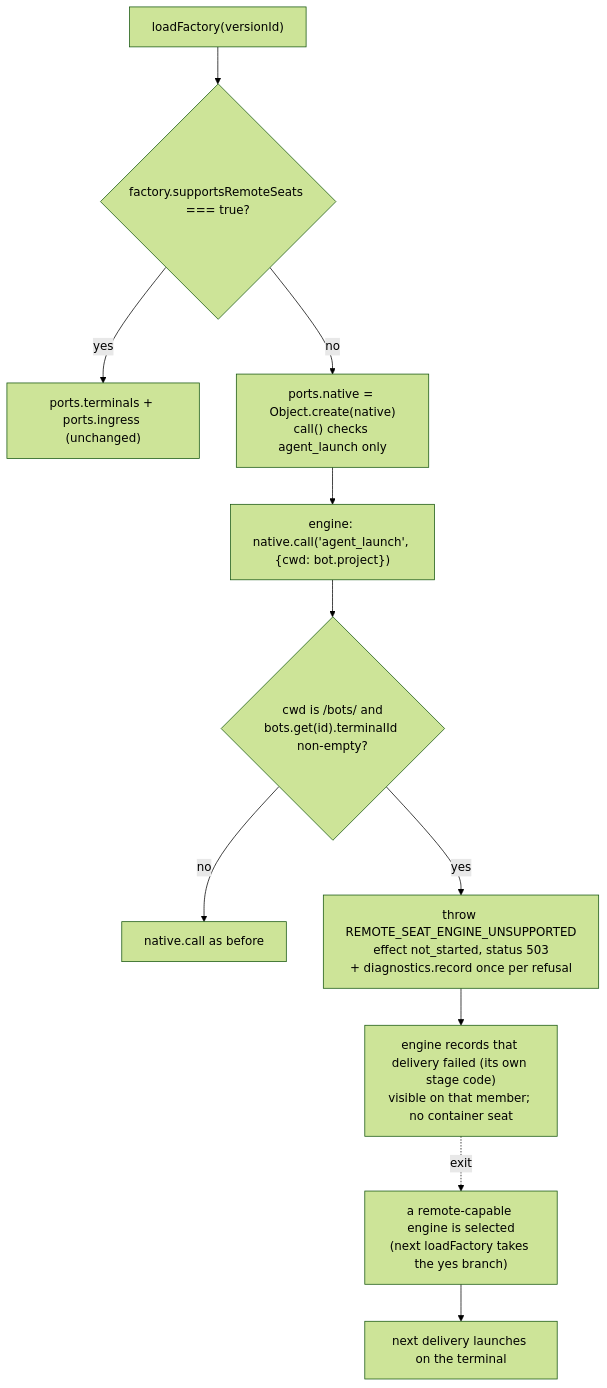
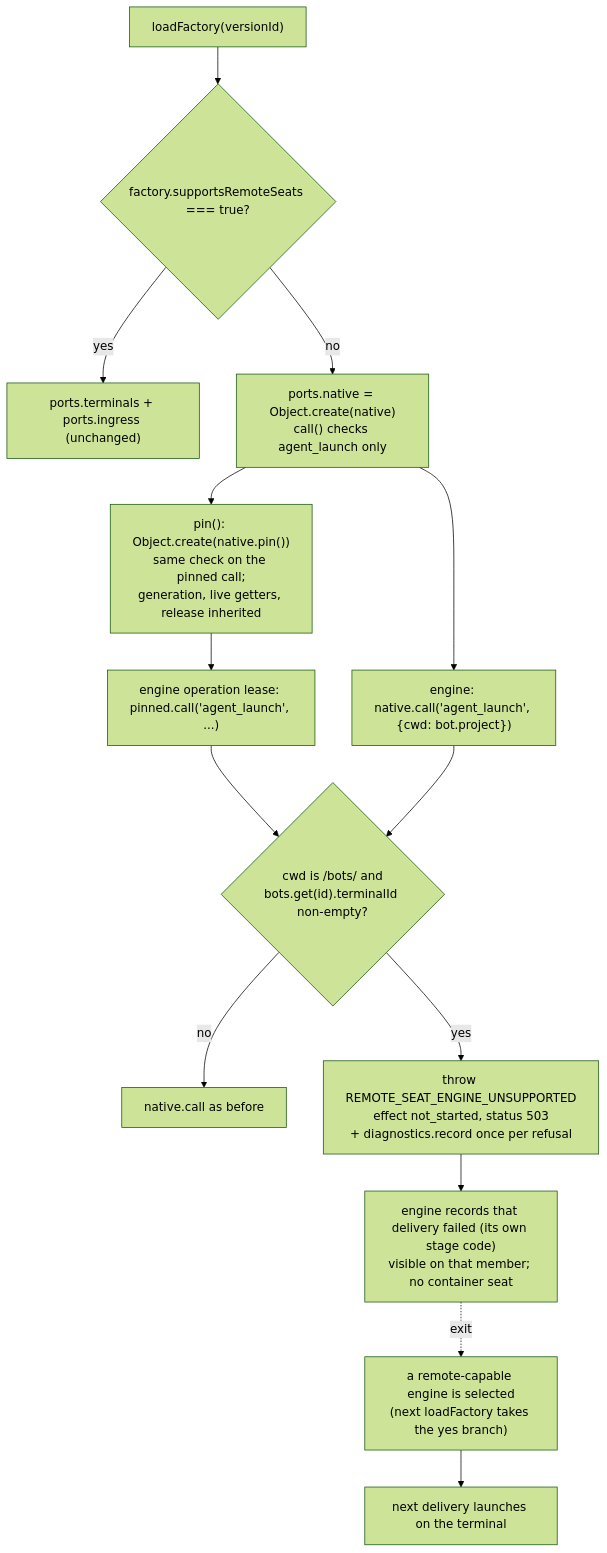
One commit to kitepon/BellTeam changed the third of 3 diagrams in docs/architecture/modules/integration/remote-seat-ingress.md. Above: the diagram before and after it, drawn with Mermaid (forest theme). The commit also changed other lines of this file and 2 other files, not shown here.

Commit message:
Apply the remote-seat launch refusal to pinned native calls too
The old engine's operation lease launches through native.pin().call; define the same
check over the frozen pin, keeping its generation, live getters and release.

````diff
--- a/docs/architecture/modules/integration/remote-seat-ingress.md
+++ b/docs/architecture/modules/integration/remote-seat-ingress.md
@@ -100,13 +100,16 @@
 ```mermaid
 flowchart TD
   Load["loadFactory(versionId)"] --> Declares{"factory.supportsRemoteSeats === true?"}
   Declares -->|yes| Ports["ports.terminals + ports.ingress (unchanged)"]
   Declares -->|no| Wrap["ports.native = Object.create(native)<br/>call() checks agent_launch only"]
   Wrap --> Launch["engine: native.call('agent_launch', {cwd: bot.project})"]
+  Wrap --> Pin["pin(): Object.create(native.pin())<br/>same check on the pinned call;<br/>generation, live getters, release inherited"]
+  Pin --> PinLaunch["engine operation lease: pinned.call('agent_launch', ...)"]
+  PinLaunch --> Member
   Launch --> Member{"cwd is <root>/bots/<id> and<br/>bots.get(id).terminalId non-empty?"}
   Member -->|no| Native["native.call as before"]
   Member -->|yes| Refuse["throw REMOTE_SEAT_ENGINE_UNSUPPORTED<br/>effect not_started, status 503<br/>+ diagnostics.record once per refusal"]
   Refuse --> Failed["engine records that delivery failed (its own stage code)<br/>visible on that member; no container seat"]
   Failed -. exit .-> Install["a remote-capable engine is selected<br/>(next loadFactory takes the yes branch)"]
   Install --> Next["next delivery launches on the terminal"]
 ```
````
